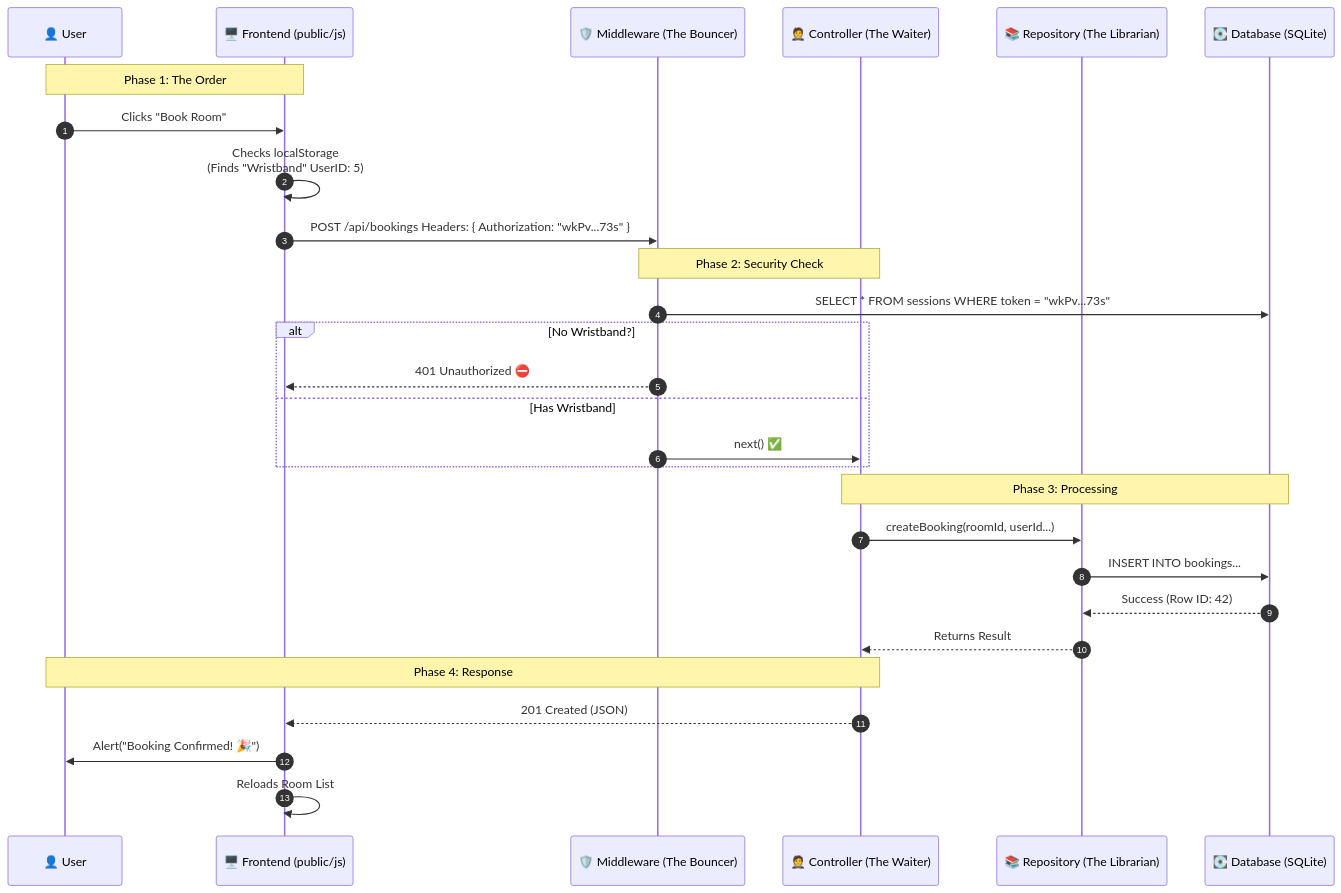
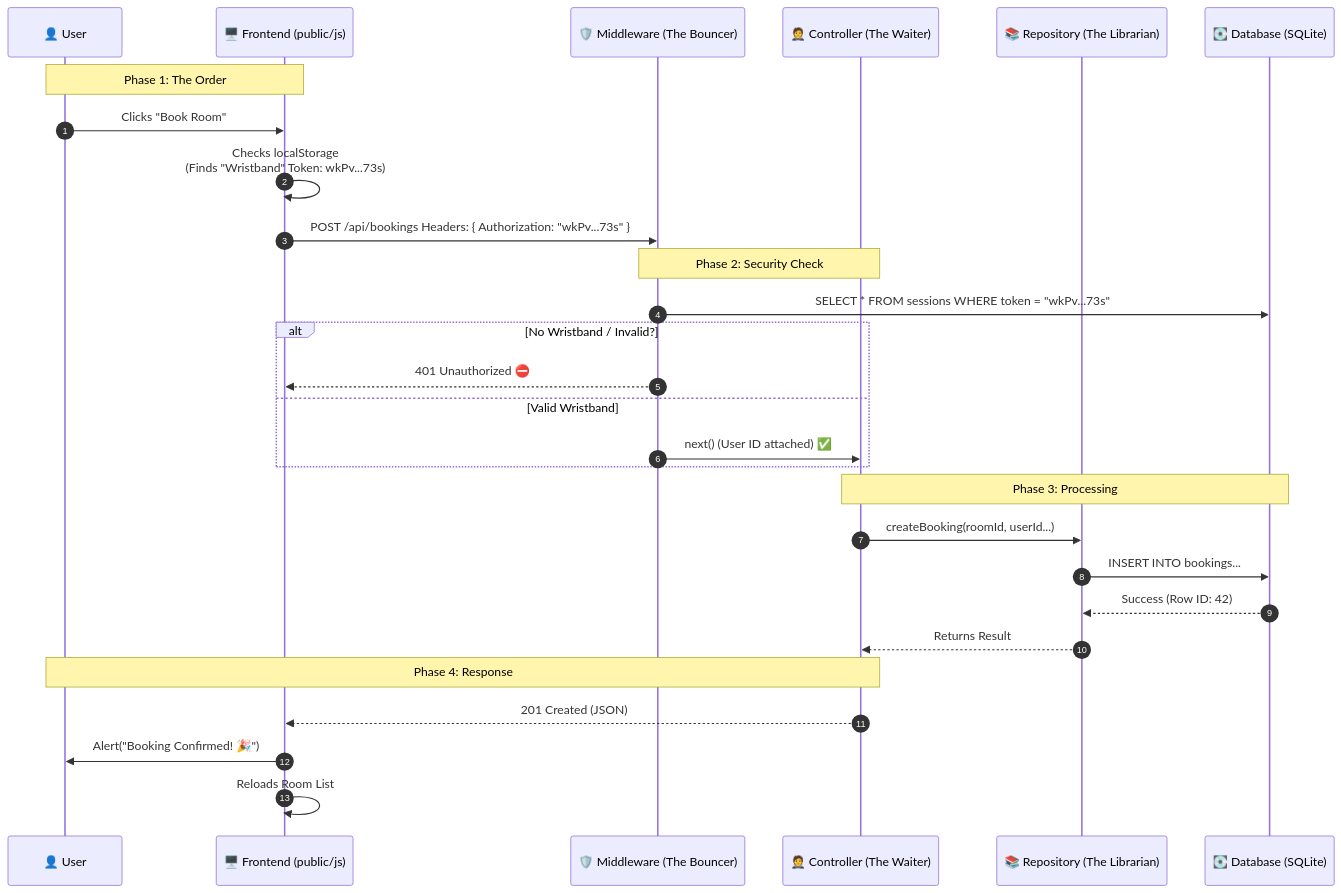
One commit to Christian-Gennari/fullstack-booking-system changed the first of 2 diagrams in DIAGRAMS.MD. Above: the diagram before and after it, drawn with Mermaid. The commit also changed other lines of this file, not shown here.

Commit message:
update DIAGRAMS.md to reflect latest middleware and utils additions in planning

````diff
--- a/DIAGRAMS.MD
+++ b/DIAGRAMS.MD
@@ -3,34 +3,34 @@
 ```mermaid
 sequenceDiagram
     autonumber
     participant User as 👤 User
     participant Frontend as 🖥️ Frontend (public/js)
     participant Middleware as 🛡️ Middleware (The Bouncer)
     participant Controller as 🤵 Controller (The Waiter)
     participant Repo as 📚 Repository (The Librarian)
     participant DB as 💽 Database (SQLite)
 
     Note over User, Frontend: Phase 1: The Order
     User->>Frontend: Clicks "Book Room"
-    Frontend->>Frontend: Checks localStorage<br/>(Finds "Wristband" UserID: 5)
+    Frontend->>Frontend: Checks localStorage<br/>(Finds "Wristband" Token: wkPv...73s)
     Frontend->>Middleware: POST /api/bookings Headers: { Authorization: "wkPv...73s" }
 
     Note over Middleware, Controller: Phase 2: Security Check
     Middleware->>DB: SELECT * FROM sessions WHERE token = "wkPv...73s"
-    alt No Wristband?
+    alt No Wristband / Invalid?
         Middleware-->>Frontend: 401 Unauthorized ⛔
-    else Has Wristband
-        Middleware->>Controller: next() ✅
+    else Valid Wristband
+        Middleware->>Controller: next() (User ID attached) ✅
     end
 
     Note over Controller, DB: Phase 3: Processing
     Controller->>Repo: createBooking(roomId, userId...)
     Repo->>DB: INSERT INTO bookings...
     DB-->>Repo: Success (Row ID: 42)
     Repo-->>Controller: Returns Result
 
     Note over Controller, User: Phase 4: Response
     Controller-->>Frontend: 201 Created (JSON)
     Frontend->>User: Alert("Booking Confirmed! 🎉")
     Frontend->>Frontend: Reloads Room List
 ```
````
